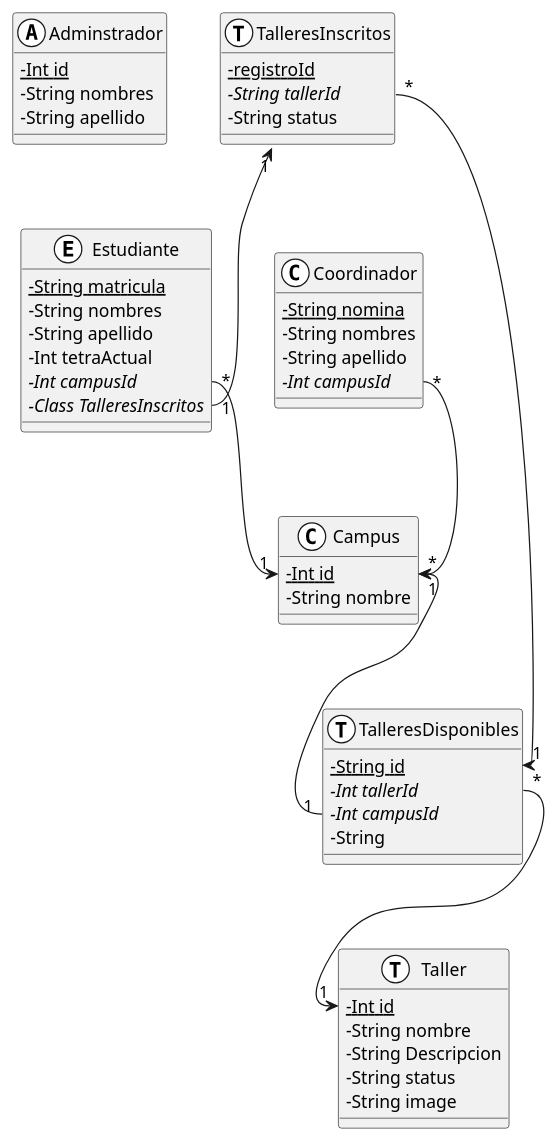
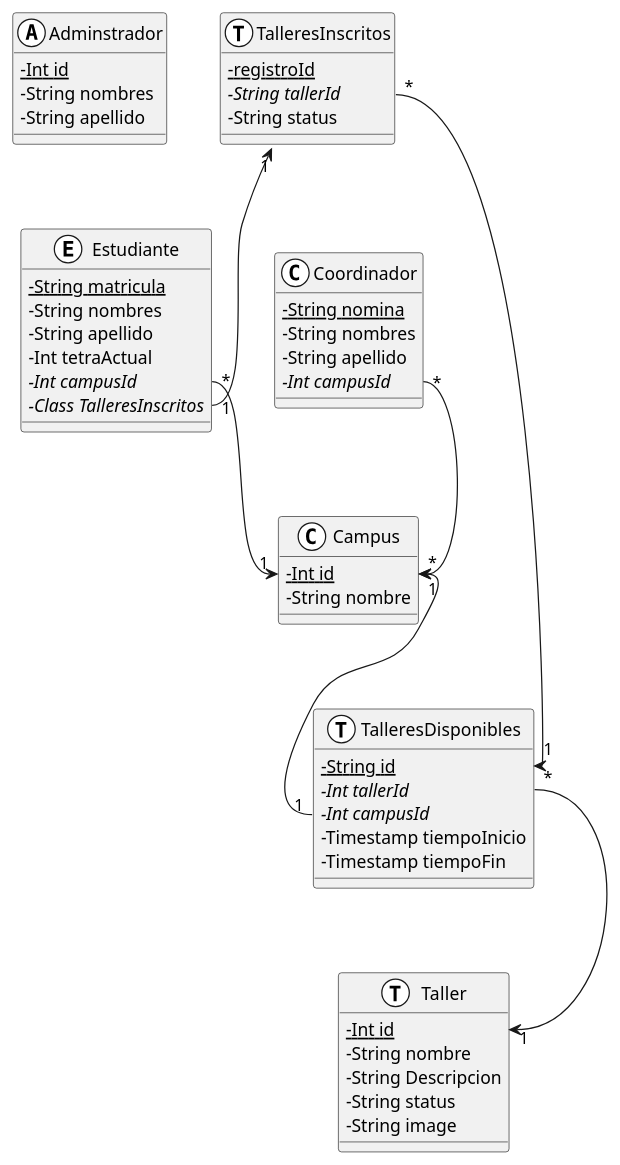
The diagram in Reto/Base de datos.md (facund015/codeRelatedObsidianNotes), drawn with PlantUML before and after one commit. The commit also changed 1 other file, not shown here.

Commit message:
vault backup: 2021-10-13 09:34:14

````diff
--- a/Reto/Base de datos.md
+++ b/Reto/Base de datos.md
@@ -2,64 +2,65 @@
 ```plantuml
 @startuml
 skinparam classAttributeIconSize 0
 
 class Adminstrador <<(A,white)>> {
 	{static} -Int id
 	-String nombres
 	-String apellido
 }
 
 class Estudiante <<(E,white)>> {
 	{static} - String matricula
 	-String nombres
 	-String apellido
 	-Int tetraActual
 	{abstract} -Int campusId
 	{abstract} -Class TalleresInscritos
 }
 
 class Campus <<(C,white)>> {
 	{static} -Int id
 	-String nombre
 }
 
 class TalleresInscritos <<(T,white)>> {
 	{static} -registroId 
 	{abstract} -String tallerId
 	-String status
 }
 
 class Coordinador <<(C,white)>> {
 	{static} -String nomina
 	-String nombres
 	-String apellido
 	{abstract} -Int campusId
 }
 
 class Taller <<(T,white)>> {
     {static} -Int id 
     - String nombre
 	- String Descripcion
     - String status
     - String image
 }
 
 class TalleresDisponibles <<(T, white)>> {
 	{static} -String id
 	{abstract} -Int tallerId
 	{abstract} -Int campusId
-	-String 
+	-Timestamp tiempoInicio
+	-Timestamp tiempoFin
 }
 
 
 
 
 TalleresInscritos "1" <-- "1" Estudiante::TalleresInscritos
 TalleresInscritos::tallerId "*" --> "1" TalleresDisponibles::id
 TalleresDisponibles::tallerId "*" --> "1" Taller::id
 Campus::id "*" <-- "1" TalleresDisponibles::campusId
 Estudiante::campusId "*" --> "1" Campus::id
 Coordinador::campusId "*" --> "1" Campus::id 
 
 @enduml
 ```
````
